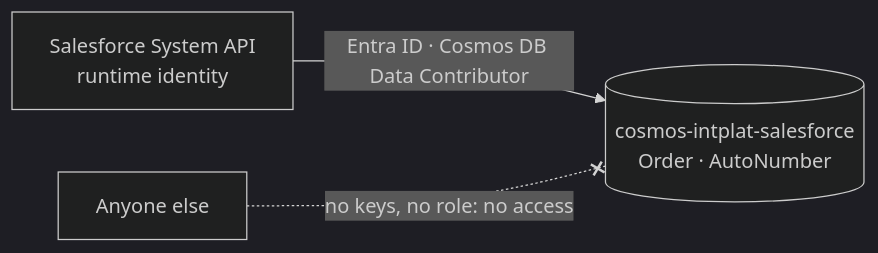
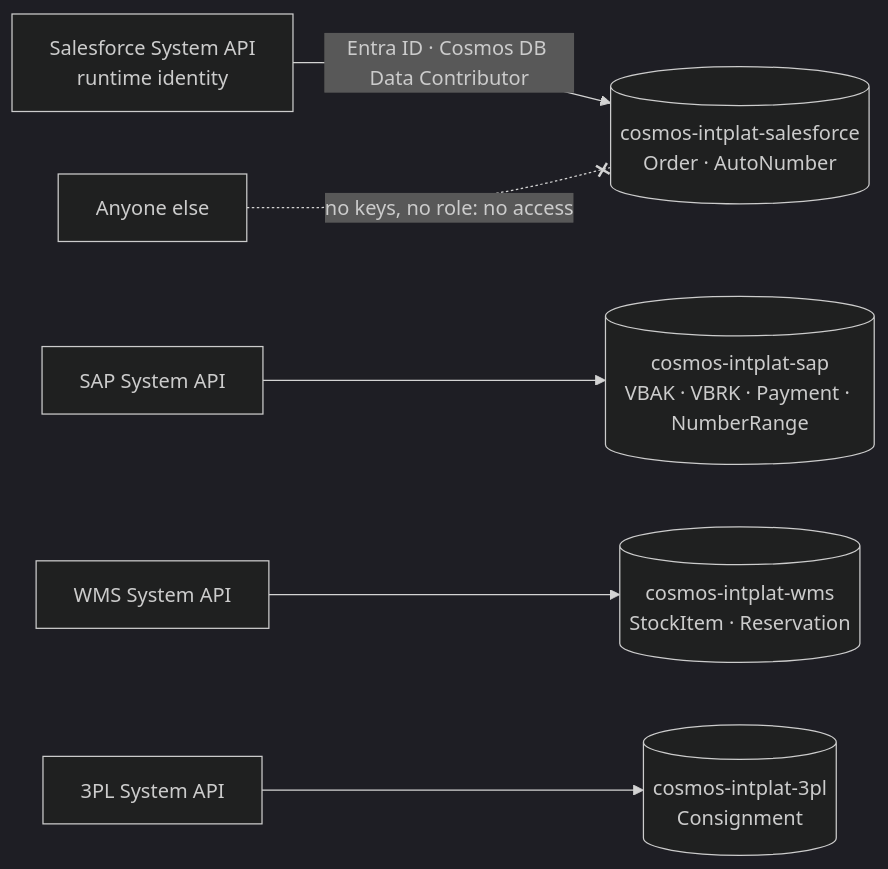
Before and after one commit to azure-intelligence-domain/backend-systems: the diagram in README.md, drawn with Mermaid (dark theme). The commit also changed other lines of this file and 5 other files, not shown here.

First line of the commit message:
Simulated SAP, WMS and 3PL partner: each its own Cosmos DB, its own naming

````diff
--- a/README.md
+++ b/README.md
@@ -15,5 +15,8 @@
 ```mermaid
 flowchart LR
     api["Salesforce System API<br/>runtime identity"] -- "Entra ID · Cosmos DB Data Contributor" --> sf[("cosmos-intplat-salesforce<br/>Order · AutoNumber")]
+    sapApi["SAP System API"] --> sap[("cosmos-intplat-sap<br/>VBAK · VBRK · Payment · NumberRange")]
+    wmsApi["WMS System API"] --> wms[("cosmos-intplat-wms<br/>StockItem · Reservation")]
+    tplApi["3PL System API"] --> tpl[("cosmos-intplat-3pl<br/>Consignment")]
     other["Anyone else"] -. "no keys, no role: no access" .-x sf
 ```
````
